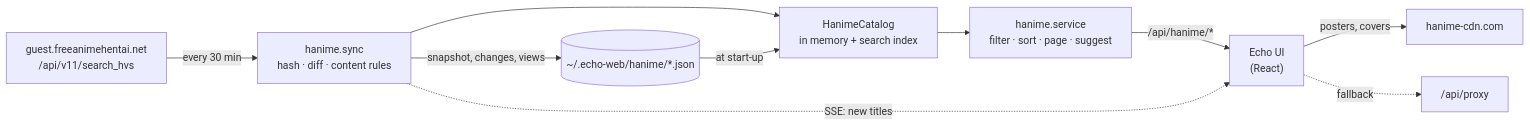
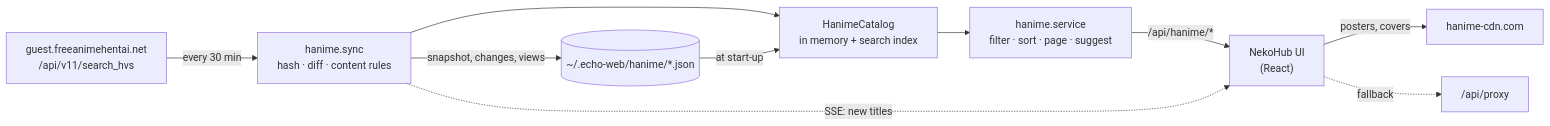
One commit to PrathameshBelvalkar/web-asmrone changed the first of 2 diagrams in docs/HANIME.md. Above: the diagram before and after it, drawn with Mermaid. The commit also changed other lines of this file and 79 other files, not shown here.

First line of the commit message:
Rename the app from Echo to NekoHub

````diff
--- a/docs/HANIME.md
+++ b/docs/HANIME.md
@@ -40,12 +40,12 @@
 ```mermaid
 flowchart LR
   Site["guest.freeanimehentai.net<br/>/api/v11/search_hvs"] -->|every 30 min| Sync["hanime.sync<br/>hash · diff · content rules"]
   Sync --> Cat["HanimeCatalog<br/>in memory + search index"]
   Sync -->|snapshot, changes, views| Disk[("~/.echo-web/hanime/*.json")]
   Disk -->|at start-up| Cat
   Cat --> Svc["hanime.service<br/>filter · sort · page · suggest"]
-  Svc -->|/api/hanime/*| UI["Echo UI<br/>(React)"]
+  Svc -->|/api/hanime/*| UI["NekoHub UI<br/>(React)"]
   Sync -.->|SSE: new titles| UI
   UI -->|posters, covers| CDN["hanime-cdn.com"]
   UI -.fallback.-> P["/api/proxy"]
 ```
````
